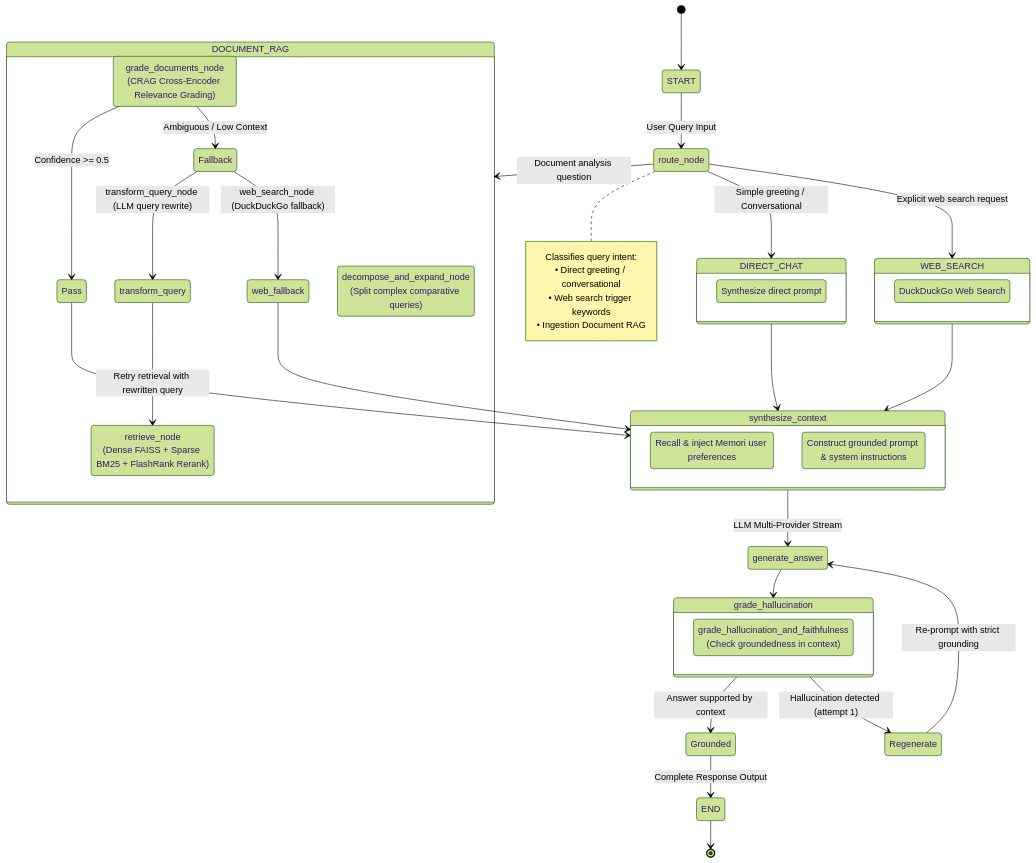
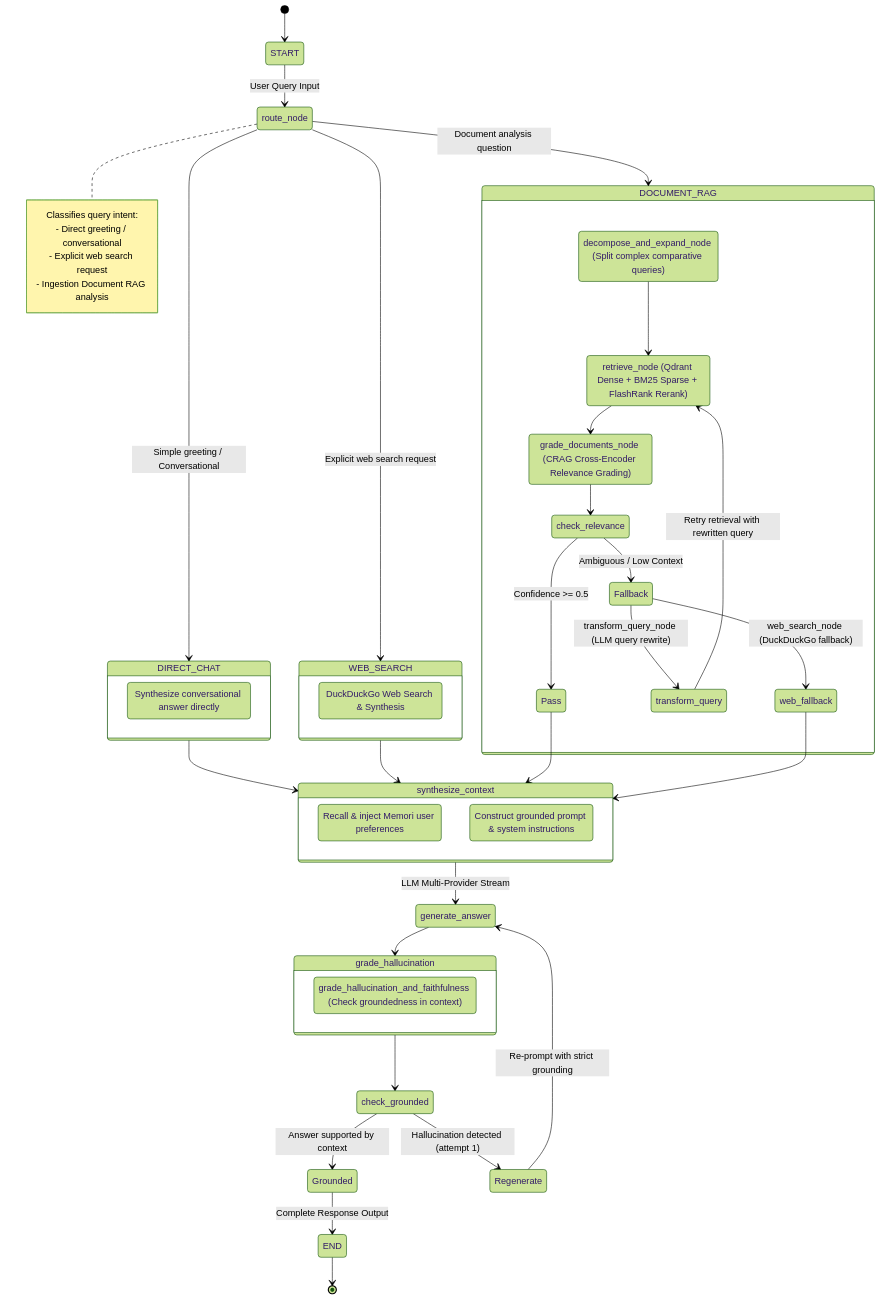
The third of 3 diagrams in ARCHITECTURE.md (LaxmiNarayana31/webchat), drawn with Mermaid (forest theme) before and after one commit. The commit also changed other lines of this file, not shown here.

Commit message:
Refactor architecture documentation for clarity and conciseness

````diff
--- a/ARCHITECTURE.md
+++ b/ARCHITECTURE.md
@@ -218,65 +163,70 @@
 ```mermaid
 stateDiagram-v2
     [*] --> START
     START --> route_node: User Query Input
 
     state route_node <<choice>>
     note right of route_node
         Classifies query intent:
-        • Direct greeting / conversational
-        • Web search trigger keywords
-        • Ingestion Document RAG
+        - Direct greeting / conversational
+        - Explicit web search request
+        - Ingestion Document RAG analysis
     end note
 
     route_node --> DIRECT_CHAT: Simple greeting / Conversational
     route_node --> WEB_SEARCH: Explicit web search request
     route_node --> DOCUMENT_RAG: Document analysis question
 
     state DIRECT_CHAT {
-        synthesize_direct: Synthesize direct prompt
+        synthesize_direct: Synthesize conversational answer directly
     }
 
     state WEB_SEARCH {
-        web_search_direct: DuckDuckGo Web Search
+        web_search_direct: DuckDuckGo Web Search & Synthesis
     }
 
     state DOCUMENT_RAG {
-        decompose: decompose_and_expand_node<br/>(Split complex comparative queries)
-        retrieve: retrieve_node<br/>(Dense FAISS + Sparse BM25 + FlashRank Rerank)
-        grade_docs: grade_documents_node<br/>(CRAG Cross-Encoder Relevance Grading)
+        decompose: decompose_and_expand_node (Split complex comparative queries)
+        retrieve: retrieve_node (Qdrant Dense + BM25 Sparse + FlashRank Rerank)
+        grade_docs: grade_documents_node (CRAG Cross-Encoder Relevance Grading)
         
-        state grade_docs <<choice>>
-        grade_docs --> Pass: Confidence >= 0.5
-        grade_docs --> Fallback: Ambiguous / Low Context
-        
+        decompose --> retrieve
+        retrieve --> grade_docs
+        grade_docs --> check_relevance
+
+        state check_relevance <<choice>>
+        check_relevance --> Pass: Confidence >= 0.5
+        check_relevance --> Fallback: Ambiguous / Low Context
+      
         Fallback --> transform_query: transform_query_node (LLM query rewrite)
         transform_query --> retrieve: Retry retrieval with rewritten query
         Fallback --> web_fallback: web_search_node (DuckDuckGo fallback)
     }
 
     DIRECT_CHAT --> synthesize_context
     WEB_SEARCH --> synthesize_context
     Pass --> synthesize_context
     web_fallback --> synthesize_context
 
     state synthesize_context {
         inject_memory: Recall & inject Memori user preferences
         build_prompt: Construct grounded prompt & system instructions
     }
 
     synthesize_context --> generate_answer: LLM Multi-Provider Stream
 
     state grade_hallucination {
-        self_rag: grade_hallucination_and_faithfulness<br/>(Check groundedness in context)
+        self_rag: grade_hallucination_and_faithfulness (Check groundedness in context)
     }
 
     generate_answer --> grade_hallucination
+    grade_hallucination --> check_grounded
 
-    state grade_hallucination <<choice>>
-    grade_hallucination --> Grounded: Answer supported by context
-    grade_hallucination --> Regenerate: Hallucination detected (attempt 1)
-    
+    state check_grounded <<choice>>
+    check_grounded --> Grounded: Answer supported by context
+    check_grounded --> Regenerate: Hallucination detected (attempt 1)
+  
     Regenerate --> generate_answer: Re-prompt with strict grounding
     Grounded --> END: Complete Response Output
     END --> [*]
 ```
````
